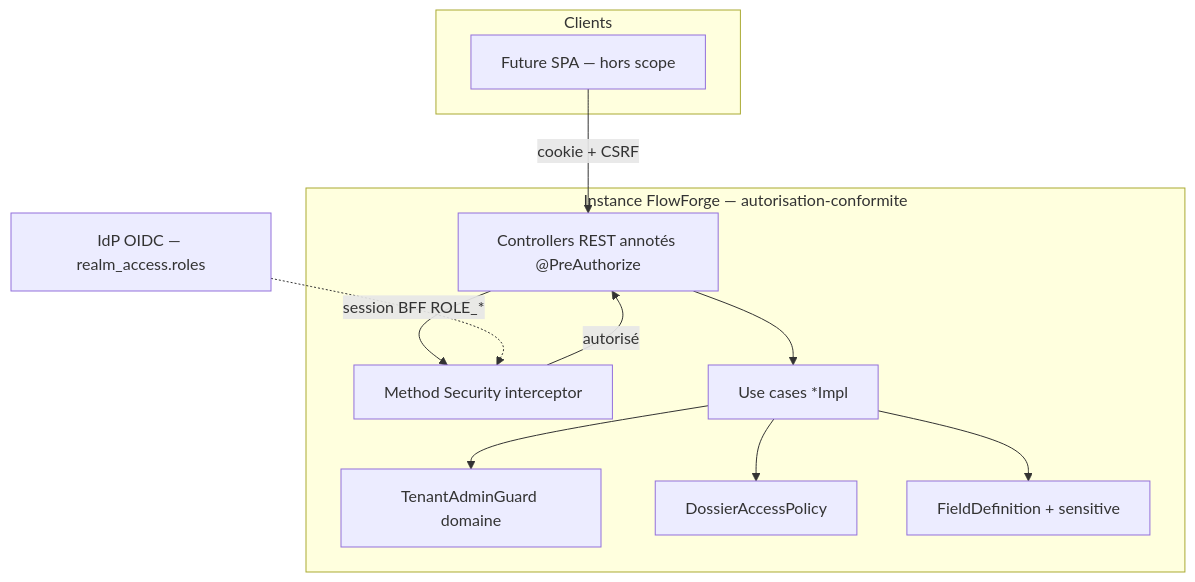
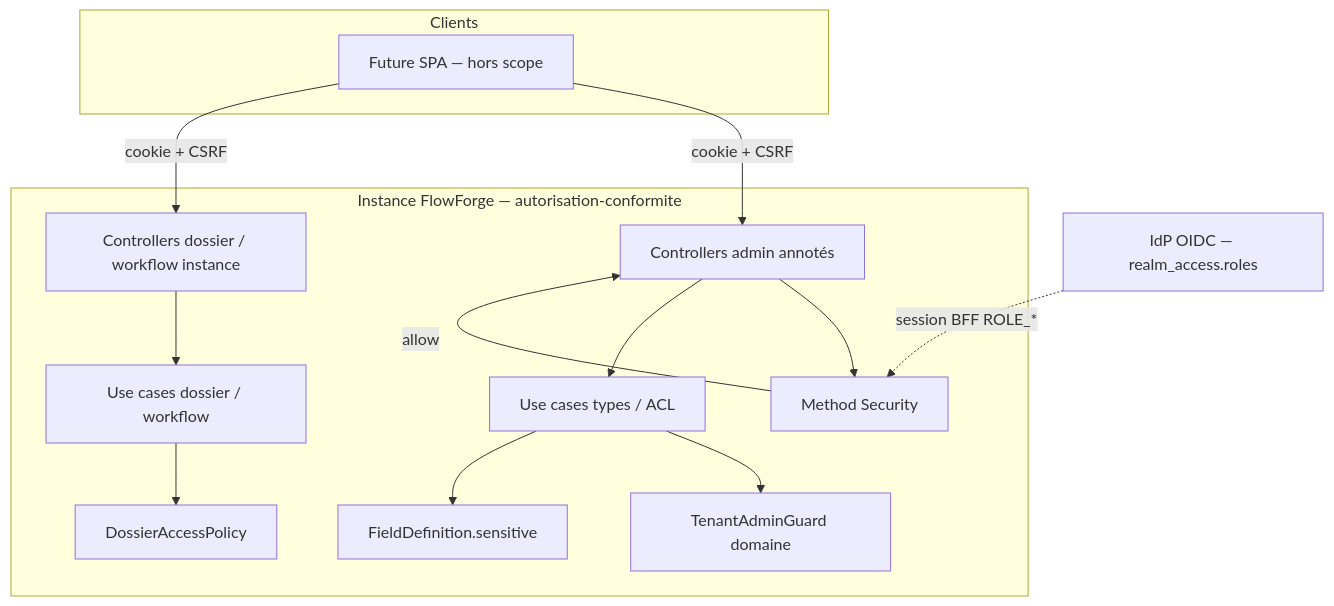
One commit to superjojo79/Myrmacta changed the first of 3 diagrams in docs/ai/design/2026-07-31-feature-autorisation-conformite.md. Above: the diagram before and after it, drawn with Mermaid. The commit also changed other lines of this file and 2 other files, not shown here.

````diff
--- a/docs/ai/design/2026-07-31-feature-autorisation-conformite.md
+++ b/docs/ai/design/2026-07-31-feature-autorisation-conformite.md
@@ -20,25 +21,30 @@
 ```mermaid
 flowchart TB
   subgraph clients["Clients"]
     SPA[Future SPA — hors scope]
   end
 
   subgraph app["Instance FlowForge — autorisation-conformite"]
-    CTRL[Controllers REST annotés @PreAuthorize]
-    MS[Method Security interceptor]
-    UC[Use cases *Impl]
+    CTRL_ADM[Controllers admin annotés]
+    CTRL_DOS[Controllers dossier / workflow instance]
+    MS[Method Security]
+    UC_ADM[Use cases types / ACL]
+    UC_DOS[Use cases dossier / workflow]
     TAG[TenantAdminGuard domaine]
     POL[DossierAccessPolicy]
-    FD[FieldDefinition + sensitive]
-    CTRL --> MS
-    MS -->|autorisé| CTRL
-    CTRL --> UC
-    UC --> TAG
-    UC --> POL
-    UC --> FD
+    FD[FieldDefinition.sensitive]
+
+    CTRL_ADM --> MS
+    MS -->|allow| CTRL_ADM
+    CTRL_ADM --> UC_ADM
+    UC_ADM --> TAG
+    CTRL_DOS --> UC_DOS
+    UC_DOS --> POL
+    UC_ADM --> FD
   end
 
   IDP[IdP OIDC — realm_access.roles]
-  SPA -->|cookie + CSRF| CTRL
+  SPA -->|cookie + CSRF| CTRL_ADM
+  SPA -->|cookie + CSRF| CTRL_DOS
   IDP -.->|session BFF ROLE_*| MS
 ```
````
